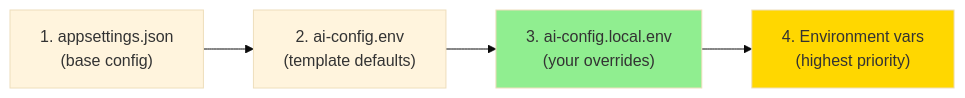
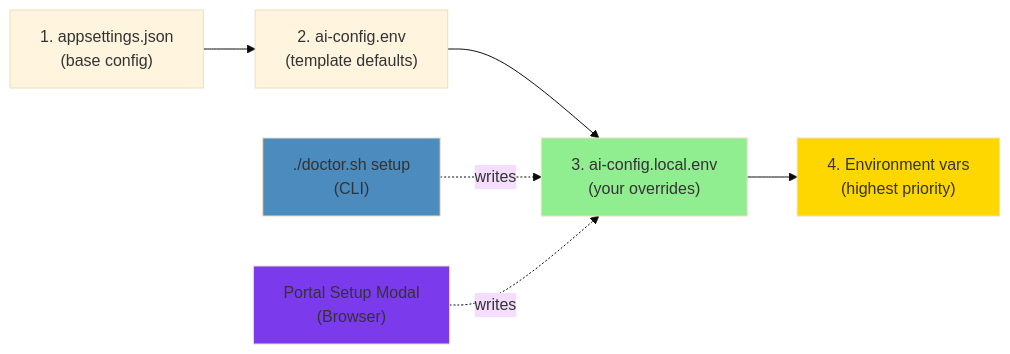
Before and after one commit to Azure-Samples/Legacy-Modernization-Agents: the sixth of 6 diagrams in README.md, drawn with Mermaid (base theme). The commit also changed other lines of this file and 29 other files, not shown here.

First line of the commit message:
feat: portal-based AI provider setup with model discovery

````diff
--- a/README.md
+++ b/README.md
@@ -948,9 +982,14 @@
 ```mermaid
 flowchart LR
     A["1. appsettings.json<br/>(base config)"] --> B["2. ai-config.env<br/>(template defaults)"]
     B --> C["3. ai-config.local.env<br/>(your overrides)"]
     C --> D["4. Environment vars<br/>(highest priority)"]
     
+    E["./doctor.sh setup<br/>(CLI)"] -.->|writes| C
+    F["Portal Setup Modal<br/>(Browser)"] -.->|writes| C
+    
     style C fill:#90EE90
     style D fill:#FFD700
+    style E fill:#4B8BBE
+    style F fill:#7C3AED
 ```
````
